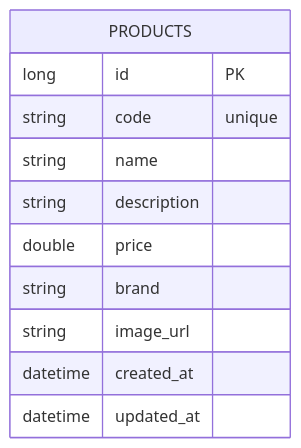
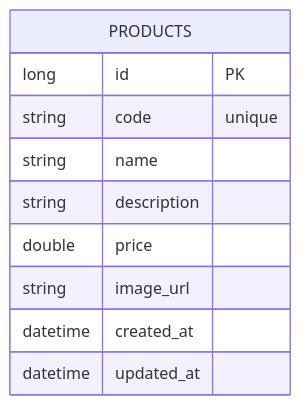
The second of 2 diagrams in README.md (Fawry-Intern-Round-8/Product-API), drawn with Mermaid before and after one commit. The commit also changed other lines of this file, not shown here.

````diff
--- a/README.md
+++ b/README.md
@@ -29,15 +28,14 @@
 ```mermaid
 erDiagram
     PRODUCTS {
         long id "PK"
         string code "unique"
         string name
         string description
         double price
-        string brand
         string image_url
         datetime created_at
         datetime updated_at
     }
 
 ```
````
